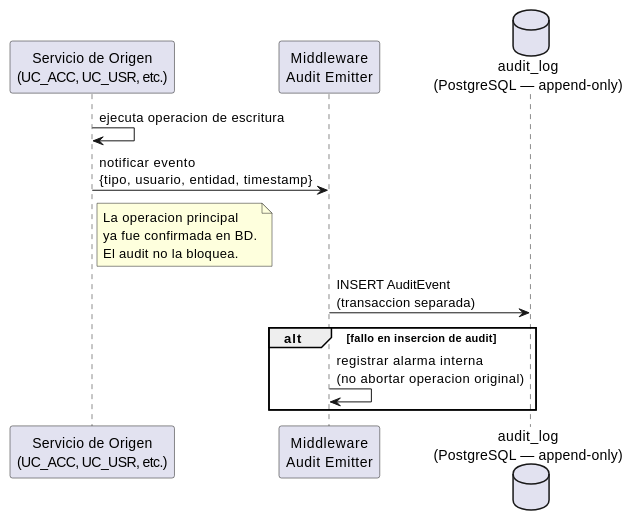
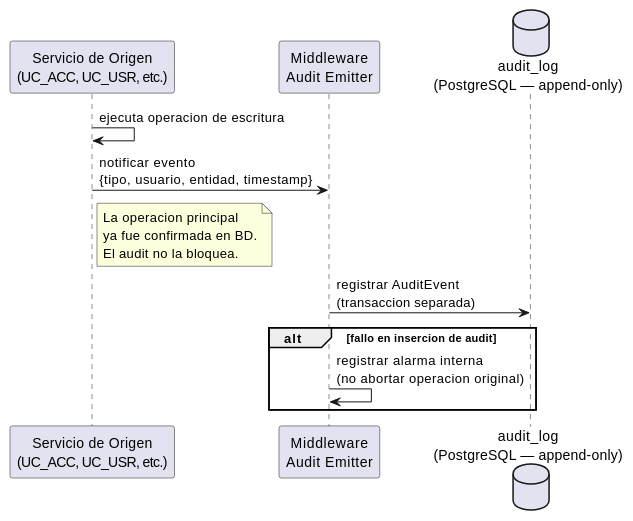
Before and after one commit to jcg-admin/IACT-docs: the diagram in source/arquitectura-tecnica/modulos/audit/diagramas/flujo-emision-evento-auditoria.rst, drawn with PlantUML. The commit also changed 48 other files, not shown here.

```diff
--- a/source/arquitectura-tecnica/modulos/audit/diagramas/flujo-emision-evento-auditoria.rst
+++ b/source/arquitectura-tecnica/modulos/audit/diagramas/flujo-emision-evento-auditoria.rst
@@ -22,23 +22,23 @@
 .. uml::
  :caption: Secuencia de emision de AuditEvent — post-commit en transaccion separada.
 
  @startuml
 
  participant "Servicio de Origen\n(UC_ACC, UC_USR, etc.)" as ServicioDeOrigen
  participant "Middleware\nAudit Emitter" as Middleware
  database "audit_log\n(PostgreSQL — append-only)" as AREP
 
  ServicioDeOrigen -> ServicioDeOrigen : ejecuta operacion de escritura
  ServicioDeOrigen -> Middleware : notificar evento\n{tipo, usuario, entidad, timestamp}
  note right of ServicioDeOrigen
    La operacion principal
    ya fue confirmada en BD.
    El audit no la bloquea.
  end note
- Middleware -> AREP : INSERT AuditEvent\n(transaccion separada)
+ Middleware -> AREP : registrar AuditEvent\n(transaccion separada)
 
  alt fallo en insercion de audit
    Middleware -> Middleware : registrar alarma interna\n(no abortar operacion original)
  end
 
  @enduml
```
